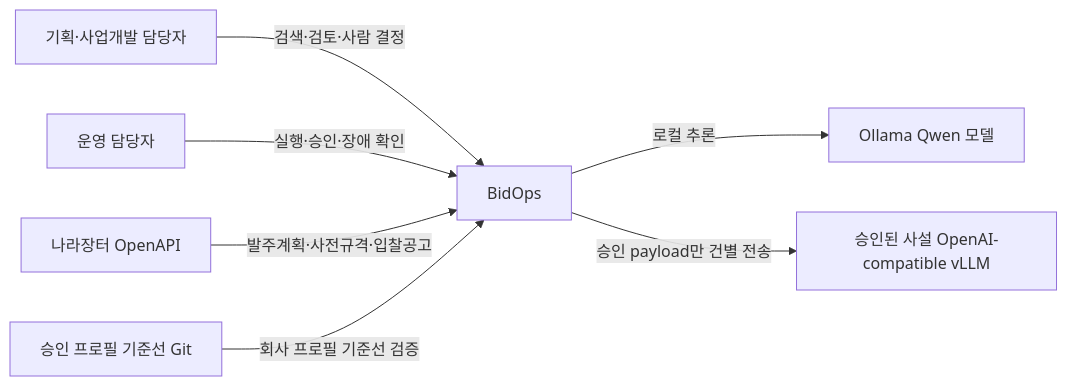
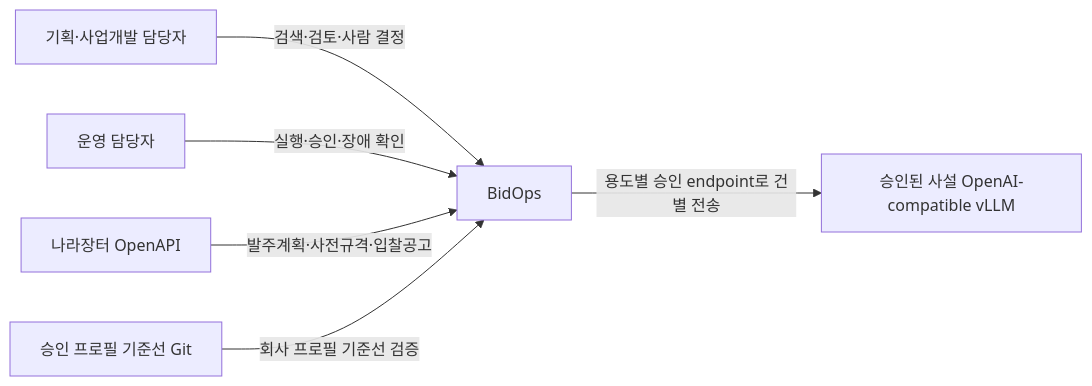
The first of 8 diagrams in docs/ARCHITECTURE.md (jechoiyyy/bidops), drawn with Mermaid before and after one commit. The commit also changed other lines of this file and 35 other files, not shown here.

```diff
--- a/docs/ARCHITECTURE.md
+++ b/docs/ARCHITECTURE.md
@@ -62,17 +62,15 @@
 ~~~mermaid
 flowchart LR
     planner[기획·사업개발 담당자]
     operator[운영 담당자]
     g2b[나라장터 OpenAPI]
     git[승인 프로필 기준선 Git]
-    localmodel[Ollama Qwen 모델]
     privatevllm[승인된 사설 OpenAI-compatible vLLM]
     bidops[BidOps]
 
     planner -->|검색·검토·사람 결정| bidops
     operator -->|실행·승인·장애 확인| bidops
     g2b -->|발주계획·사전규격·입찰공고| bidops
     git -->|회사 프로필 기준선 검증| bidops
-    bidops -->|로컬 추론| localmodel
-    bidops -->|승인 payload만 건별 전송| privatevllm
+    bidops -->|용도별 승인 endpoint로 건별 전송| privatevllm
 ~~~
```
